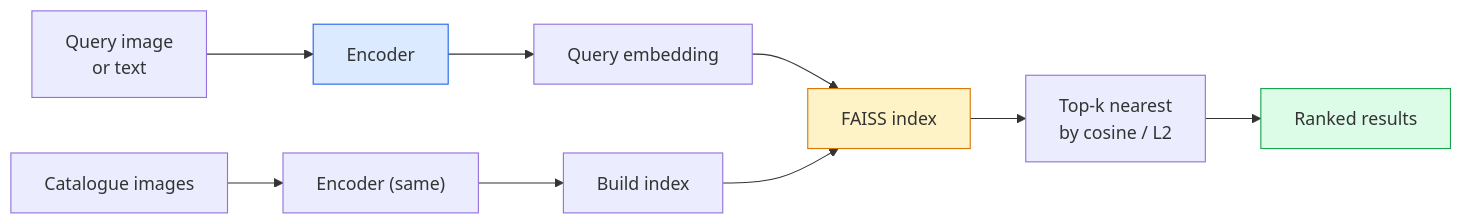
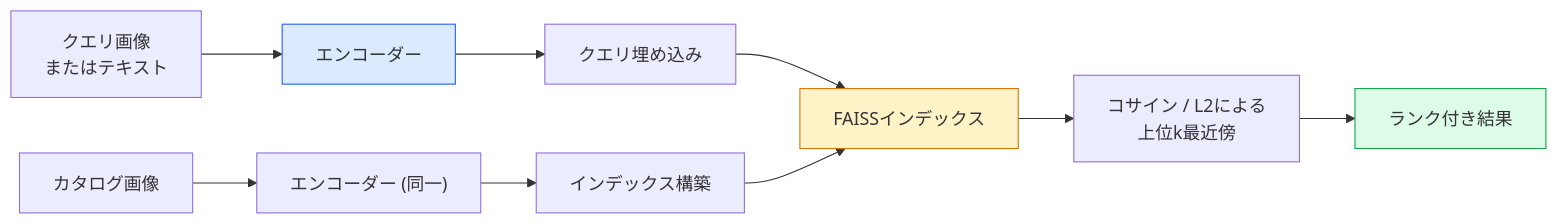
Before and after one commit to shoshoshomen/synapse-academy: the diagram in content/phases/04-computer-vision/20-image-retrieval-metric/lesson.ja.md, drawn with Mermaid. The commit also changed 124 other files, not shown here.

First line of the commit message:
feat(i18n): mermaid図のラベルを日本語化(194レッスン/374図)

````diff
--- a/content/phases/04-computer-vision/20-image-retrieval-metric/lesson.ja.md
+++ b/content/phases/04-computer-vision/20-image-retrieval-metric/lesson.ja.md
@@ -25,14 +25,14 @@
 ```mermaid
 flowchart LR
-    Q["Query image<br/>or text"] --> ENC["Encoder"]
-    ENC --> EMB["Query embedding"]
-    EMB --> IDX["FAISS index"]
-    CAT["Catalogue images"] --> ENC2["Encoder (same)"] --> IDX_BUILD["Build index"]
+    Q["クエリ画像\nまたはテキスト"] --> ENC["エンコーダー"]
+    ENC --> EMB["クエリ埋め込み"]
+    EMB --> IDX["FAISSインデックス"]
+    CAT["カタログ画像"] --> ENC2["エンコーダー (同一)"] --> IDX_BUILD["インデックス構築"]
     IDX_BUILD --> IDX
-    IDX --> RANK["Top-k nearest<br/>by cosine / L2"]
-    RANK --> OUT["Ranked results"]
+    IDX --> RANK["コサイン / L2による\n上位k最近傍"]
+    RANK --> OUT["ランク付き結果"]
 
     style ENC fill:#dbeafe,stroke:#2563eb
     style IDX fill:#fef3c7,stroke:#d97706
     style OUT fill:#dcfce7,stroke:#16a34a
 ```
````
